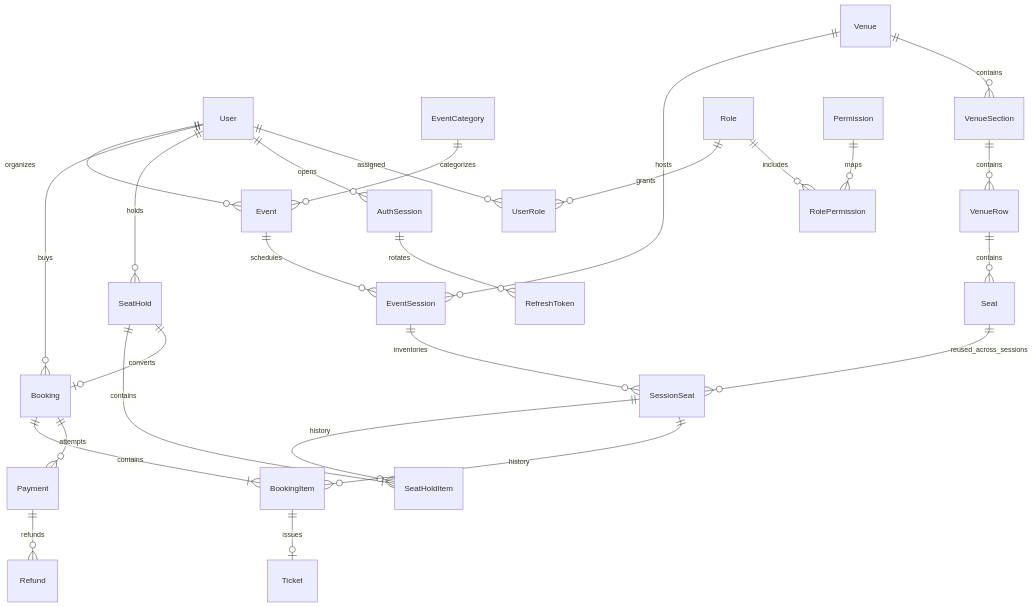
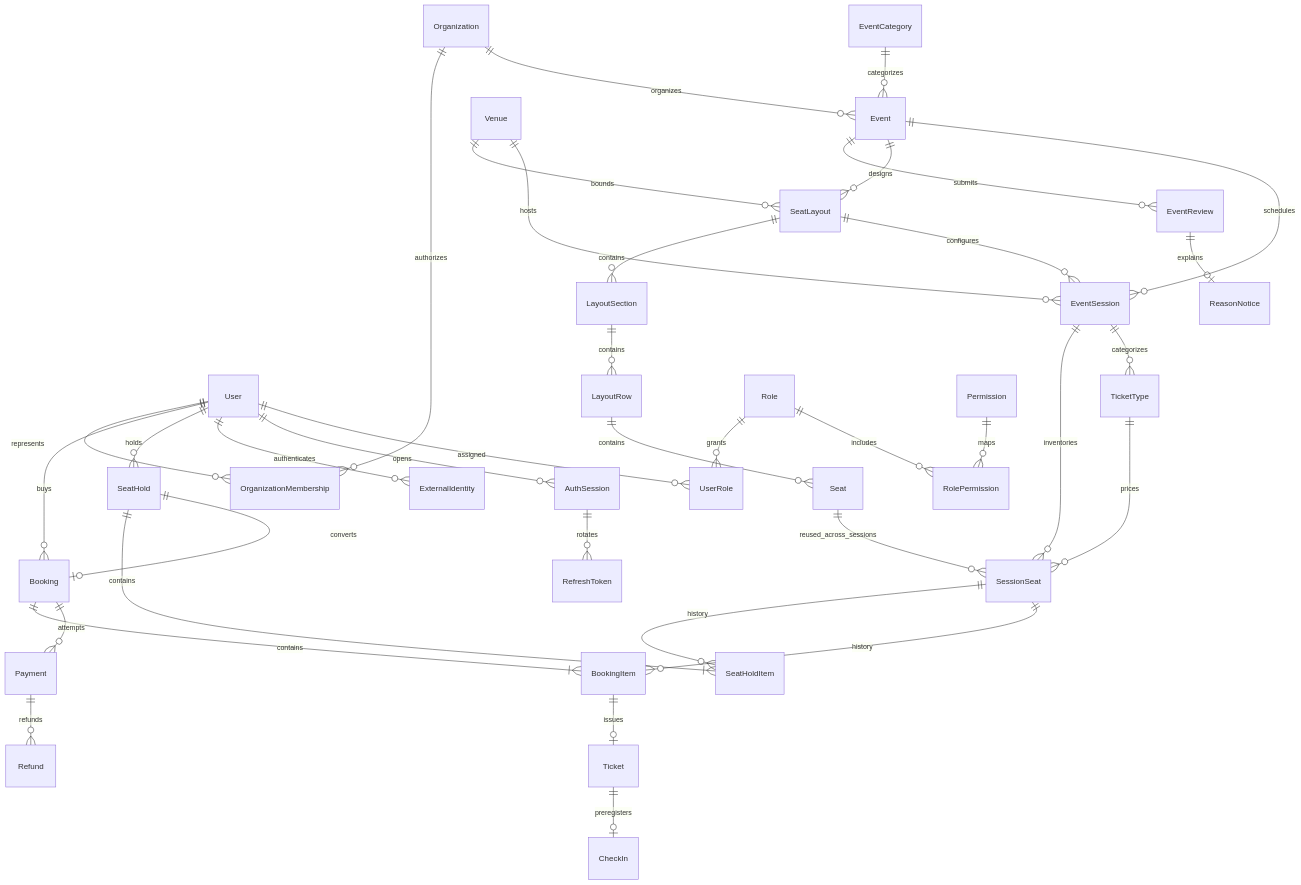
Before and after one commit to TienTrn05/Event_booking_ticket: the diagram in docs/08-database-design.md, drawn with Mermaid. The commit also changed other lines of this file and 25 other files, not shown here.

````diff
--- a/docs/08-database-design.md
+++ b/docs/08-database-design.md
@@ -58,28 +78,39 @@
 ```mermaid
 erDiagram
-    User ||--o{ Event : organizes
+    User ||--o{ OrganizationMembership : represents
+    Organization ||--o{ OrganizationMembership : authorizes
+    Organization ||--o{ Event : organizes
+    Event ||--o{ EventReview : submits
+    EventReview ||--o| ReasonNotice : explains
+    Event ||--o{ SeatLayout : designs
+    Venue ||--o{ SeatLayout : bounds
     User ||--o{ Booking : buys
     User ||--o{ SeatHold : holds
     EventCategory ||--o{ Event : categorizes
     Event ||--o{ EventSession : schedules
     Venue ||--o{ EventSession : hosts
-    Venue ||--o{ VenueSection : contains
-    VenueSection ||--o{ VenueRow : contains
-    VenueRow ||--o{ Seat : contains
+    SeatLayout ||--o{ LayoutSection : contains
+    LayoutSection ||--o{ LayoutRow : contains
+    LayoutRow ||--o{ Seat : contains
+    SeatLayout ||--o{ EventSession : configures
     EventSession ||--o{ SessionSeat : inventories
     Seat ||--o{ SessionSeat : reused_across_sessions
     SeatHold ||--|{ SeatHoldItem : contains
     SessionSeat ||--o{ SeatHoldItem : history
     SeatHold ||--o| Booking : converts
     Booking ||--|{ BookingItem : contains
     SessionSeat ||--o{ BookingItem : history
     BookingItem ||--o| Ticket : issues
+    Ticket ||--o| CheckIn : preregisters
+    EventSession ||--o{ TicketType : categorizes
+    TicketType ||--o{ SessionSeat : prices
+    User ||--o{ ExternalIdentity : authenticates
     Booking ||--o{ Payment : attempts
     Payment ||--o{ Refund : refunds
     User ||--o{ AuthSession : opens
     AuthSession ||--o{ RefreshToken : rotates
     User ||--o{ UserRole : assigned
     Role ||--o{ UserRole : grants
     Role ||--o{ RolePermission : includes
     Permission ||--o{ RolePermission : maps
 ```
````
